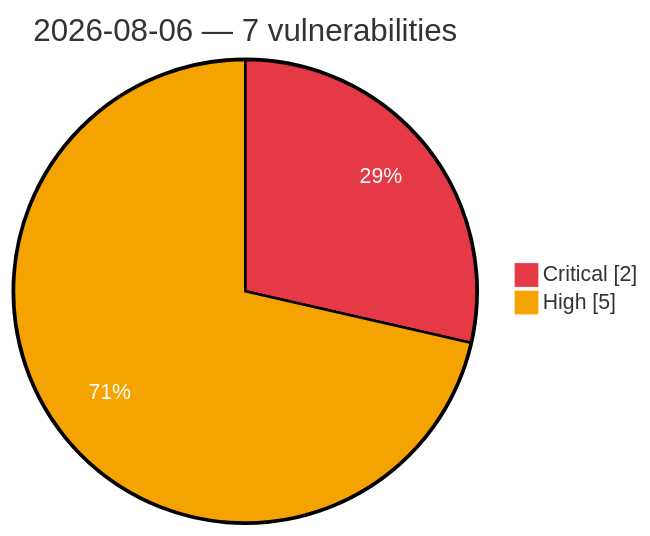
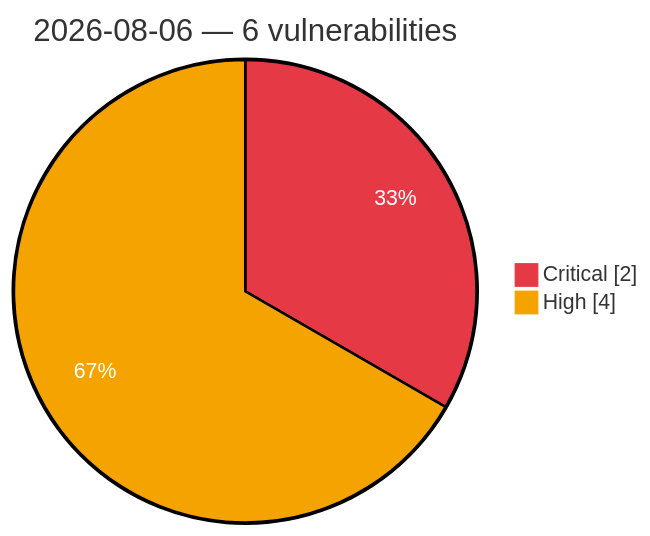
The diagram in vulnerabilities/2026-08-06.md (GhostX0X/vuln-tracker), drawn with Mermaid before and after one commit. The commit also changed other lines of this file and 2 other files, not shown here.

Commit message:
Auto update: critical/high vulns (2026-08-07 10:25 UTC)

````diff
--- a/vulnerabilities/2026-08-06.md
+++ b/vulnerabilities/2026-08-06.md
@@ -3,7 +3,7 @@
 ```mermaid
 %%{init: {'theme':'base', 'themeVariables': {'pie1':'#e63946', 'pie2':'#f4a300', 'pieOpacity':'1', 'pieOuterStrokeWidth':'2px', 'pieSectionTextColor':'#ffffff'}}}%%
 pie showData
-    title 2026-08-06 — 7 vulnerabilities
+    title 2026-08-06 — 6 vulnerabilities
     "Critical" : 2
-    "High" : 5
+    "High" : 4
 ```
````
